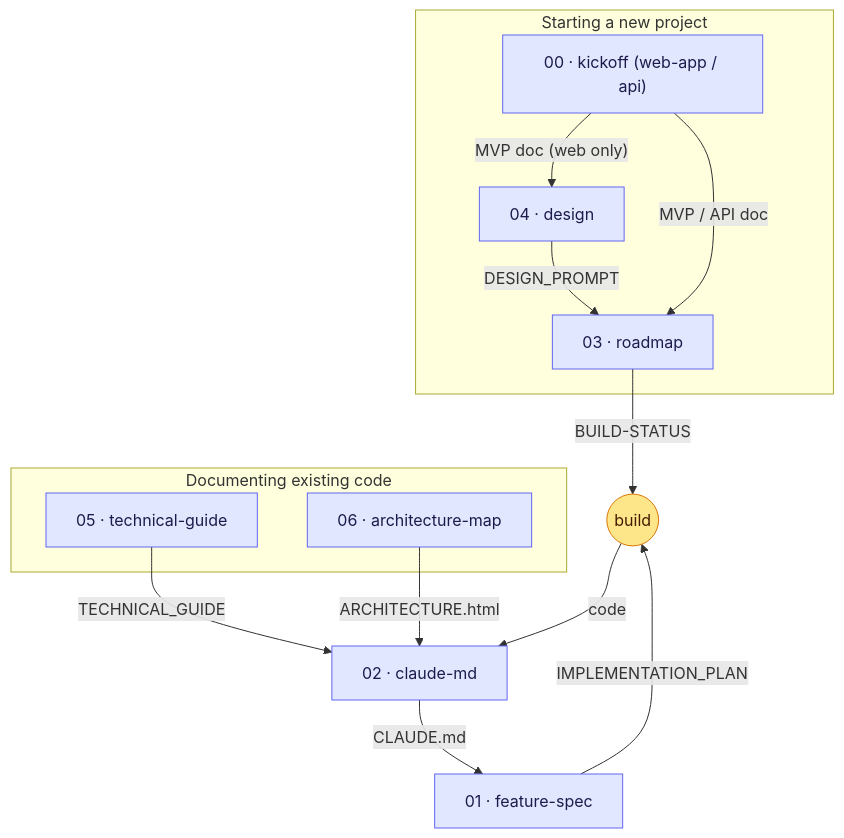
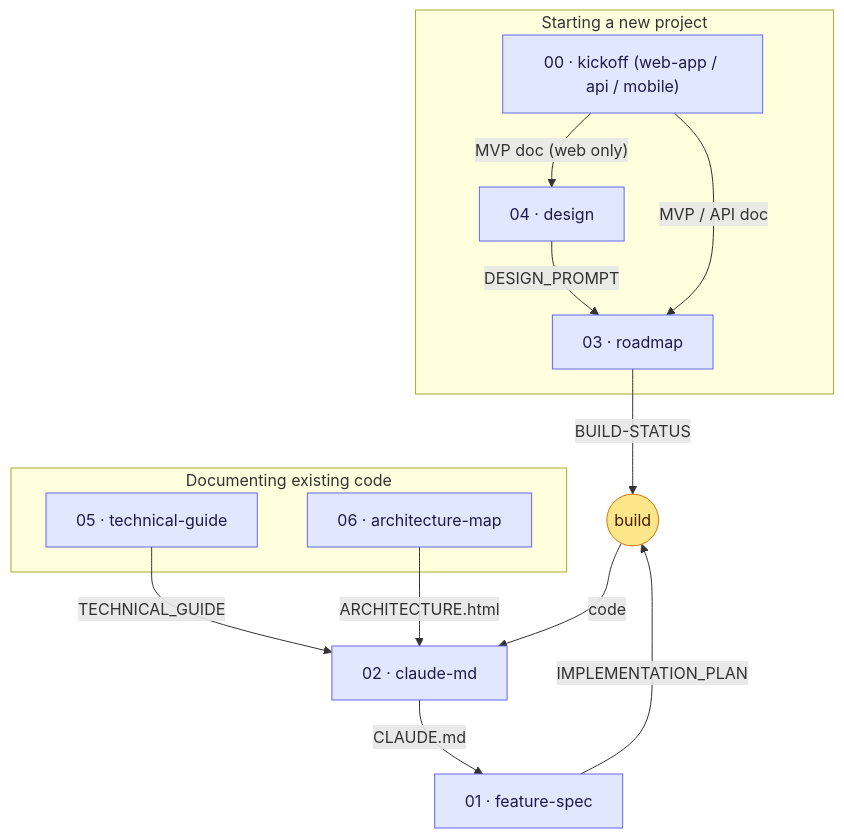
One commit to in43sh/app-prompts changed the diagram in README.md. Above: the diagram before and after it, drawn with Mermaid. The commit also changed other lines of this file and 6 other files, not shown here.

First line of the commit message:
Add mobile app kickoff prompt

````diff
--- a/README.md
+++ b/README.md
@@ -33,29 +34,29 @@
 ```mermaid
 flowchart TD
     subgraph new["Starting a new project"]
-        K["00 · kickoff (web-app / api)"]
+        K["00 · kickoff (web-app / api / mobile)"]
         D["04 · design"]
         R["03 · roadmap"]
         K -->|"MVP doc (web only)"| D
         K -->|"MVP / API doc"| R
         D -->|"DESIGN_PROMPT"| R
     end
 
     subgraph existing["Documenting existing code"]
         T["05 · technical-guide"]
         A["06 · architecture-map"]
     end
 
     R -->|"BUILD-STATUS"| B(("build"))
     B -->|"code"| C["02 · claude-md"]
     T -->|"TECHNICAL_GUIDE"| C
     A -->|"ARCHITECTURE.html"| C
 
     C -->|"CLAUDE.md"| F["01 · feature-spec"]
     F -->|"IMPLEMENTATION_PLAN"| B
 
     classDef prompt fill:#e0e7ff,stroke:#6366f1,color:#1e1b4b;
     classDef action fill:#fde68a,stroke:#d97706,color:#451a03;
     class K,D,R,T,A,C,F prompt;
     class B action;
 ```
````
